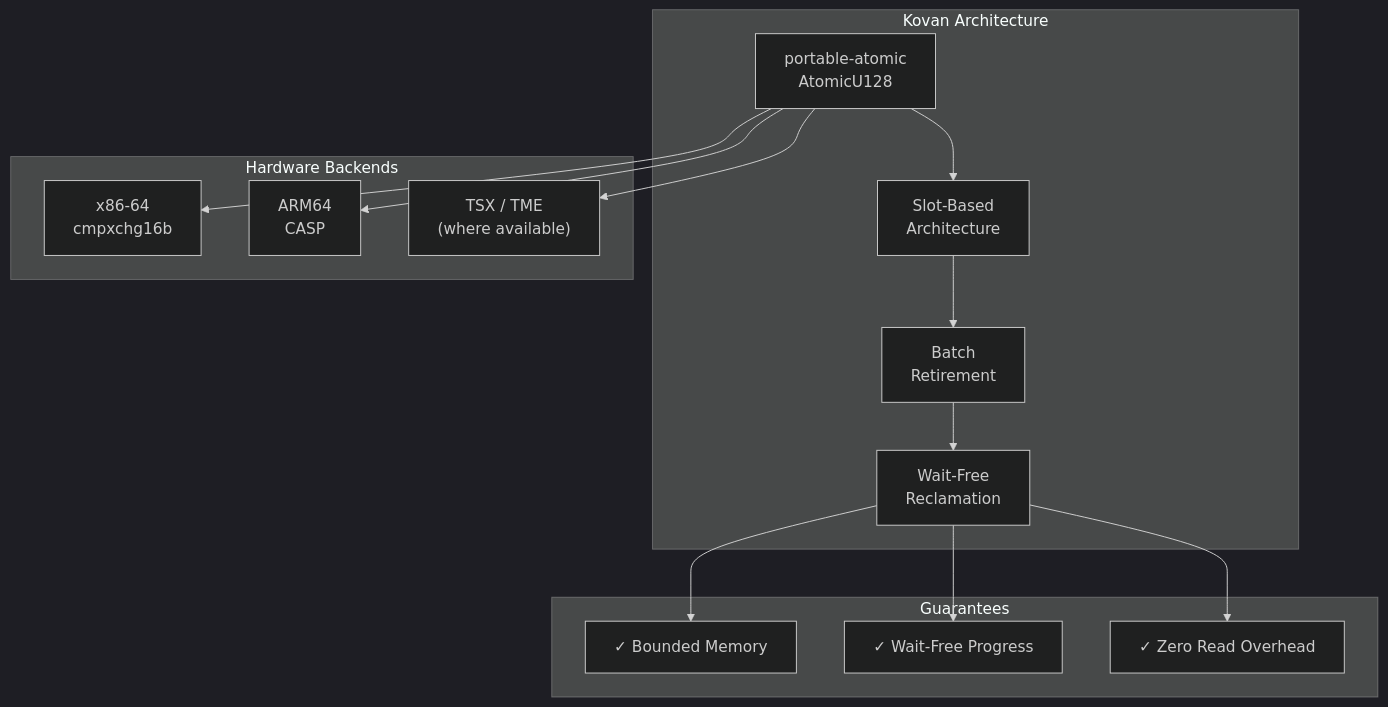
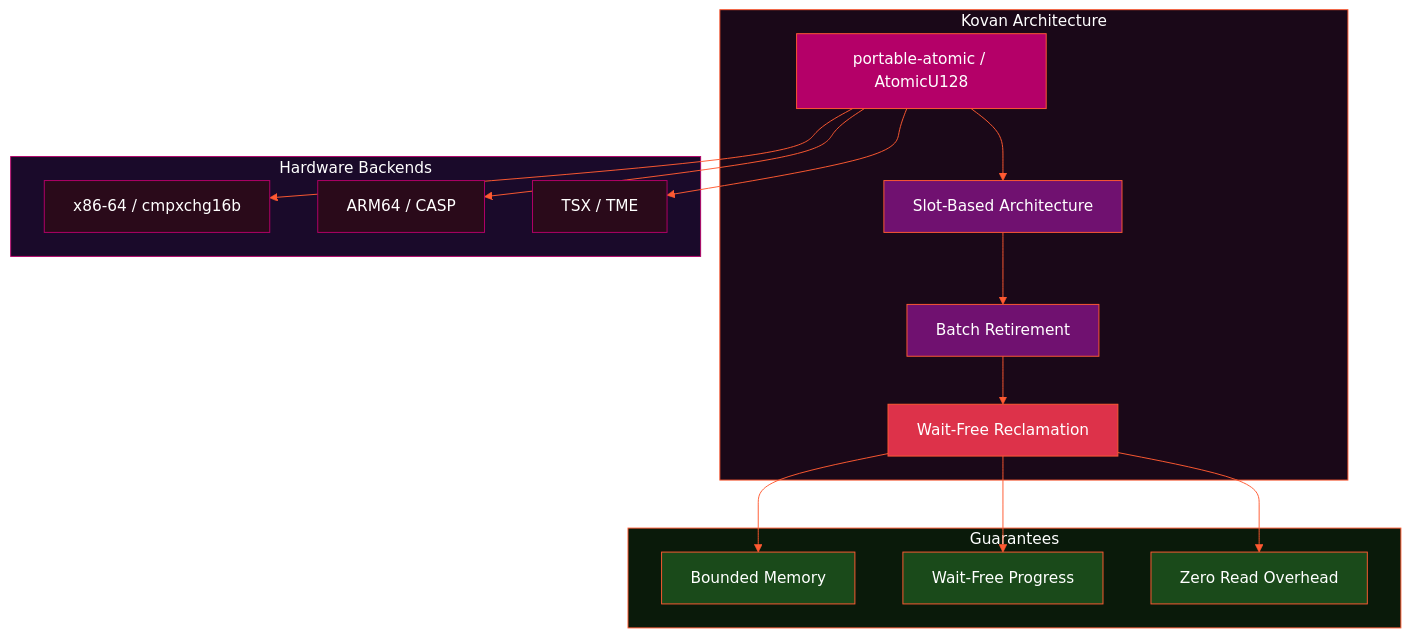
The third of 6 diagrams in src/content/posts/kovan-from-prod-to-mr.mdx (vertexclique/vertexclique.github.io), drawn with Mermaid before and after one commit. The commit also changed other lines of this file, not shown here.

````diff
--- a/src/content/posts/kovan-from-prod-to-mr.mdx
+++ b/src/content/posts/kovan-from-prod-to-mr.mdx
@@ -91,21 +104,35 @@
 ```mermaid
-%%{init: {'theme':'dark'}}%%
+%%{init: {'theme': 'base', 'themeVariables': {'primaryColor': '#2a0a1a', 'primaryTextColor': '#ffffff', 'primaryBorderColor': '#FF5A32', 'lineColor': '#FF5A32', 'secondaryColor': '#1a0a2a', 'tertiaryColor': '#701170', 'background': '#121212', 'mainBkg': '#1e0f1e', 'nodeBorder': '#FF5A32', 'clusterBkg': '#1a0818', 'clusterBorder': '#DD324A', 'titleColor': '#FF5A32', 'edgeLabelBackground': '#2a0a1a'}}}%%
 graph TD
-    subgraph "Kovan Architecture"
-        PA["portable-atomic<br/>AtomicU128"] --> SLOTS["Slot-Based<br/>Architecture"]
-        SLOTS --> BR["Batch<br/>Retirement"]
-        BR --> RECLAIM["Wait-Free<br/>Reclamation"]
+    subgraph ARCH["Kovan Architecture"]
+        PA["portable-atomic / AtomicU128"] --> SLOTS["Slot-Based Architecture"]
+        SLOTS --> BR["Batch Retirement"]
+        BR --> RECLAIM["Wait-Free Reclamation"]
     end
 
-    subgraph "Hardware Backends"
-        PA --> X86["x86-64<br/>cmpxchg16b"]
-        PA --> ARM["ARM64<br/>CASP"]
-        PA --> TSX["TSX / TME<br/>(where available)"]
+    subgraph HW["Hardware Backends"]
+        PA --> X86["x86-64 / cmpxchg16b"]
+        PA --> ARM["ARM64 / CASP"]
+        PA --> TSX["TSX / TME"]
     end
 
-    subgraph "Guarantees"
-        RECLAIM --> G1["✓ Bounded Memory"]
-        RECLAIM --> G2["✓ Wait-Free Progress"]
-        RECLAIM --> G3["✓ Zero Read Overhead"]
+    subgraph GU["Guarantees"]
+        RECLAIM --> G1["Bounded Memory"]
+        RECLAIM --> G2["Wait-Free Progress"]
+        RECLAIM --> G3["Zero Read Overhead"]
     end
+
+    style ARCH fill:#1a0818,stroke:#FF5A32,color:#ffffff
+    style HW fill:#1a0a2a,stroke:#B40068,color:#ffffff
+    style GU fill:#0a1a0a,stroke:#FF5A32,color:#ffffff
+    style PA fill:#B40068,stroke:#FF5A32,color:#ffffff
+    style SLOTS fill:#701170,stroke:#FF5A32,color:#ffffff
+    style BR fill:#701170,stroke:#FF5A32,color:#ffffff
+    style RECLAIM fill:#DD324A,stroke:#FF5A32,color:#ffffff
+    style X86 fill:#2a0a1a,stroke:#B40068,color:#ffffff
+    style ARM fill:#2a0a1a,stroke:#B40068,color:#ffffff
+    style TSX fill:#2a0a1a,stroke:#B40068,color:#ffffff
+    style G1 fill:#1a4a1a,stroke:#FF5A32,color:#ffffff
+    style G2 fill:#1a4a1a,stroke:#FF5A32,color:#ffffff
+    style G3 fill:#1a4a1a,stroke:#FF5A32,color:#ffffff
 ```
````
